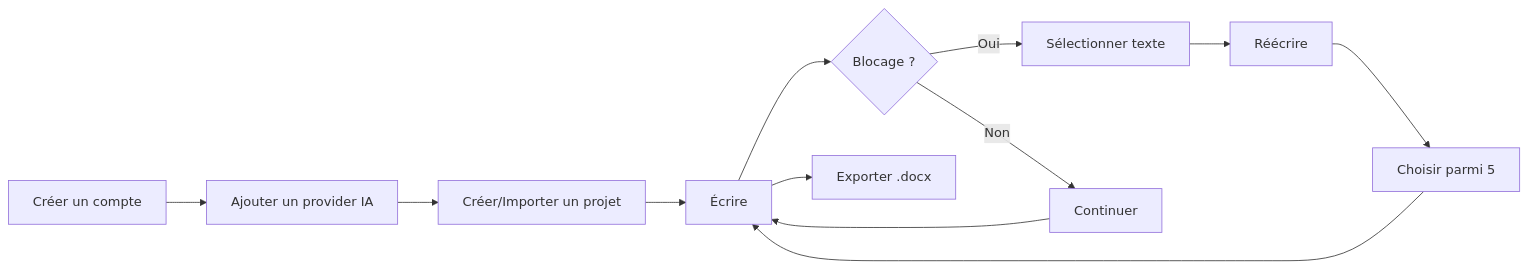
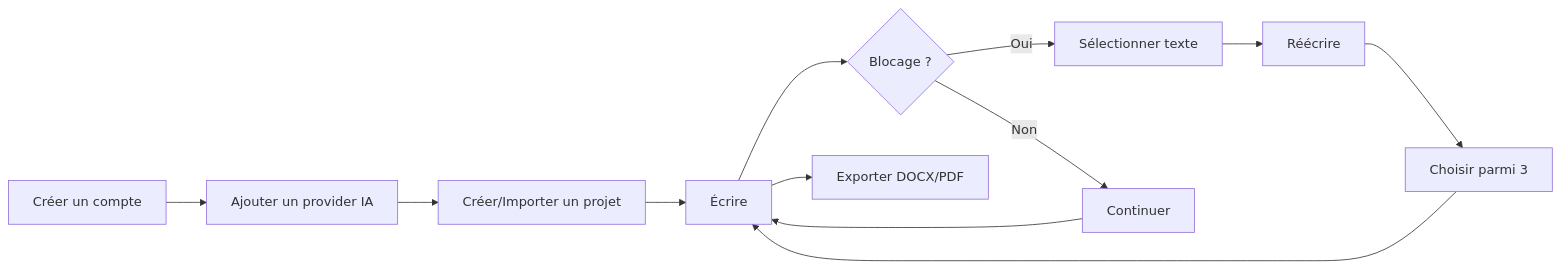
One commit to francoisnoel62/revise changed the diagram in README.md. Above: the diagram before and after it, drawn with Mermaid. The commit also changed other lines of this file and 3 other files, not shown here.

````diff
--- a/README.md
+++ b/README.md
@@ -213,14 +224,14 @@
 ```mermaid
 graph LR
     A[Créer un compte] --> B[Ajouter un provider IA]
     B --> C[Créer/Importer un projet]
     C --> D[Écrire]
     D --> E{Blocage ?}
     E -->|Oui| F[Sélectionner texte]
     F --> G[Réécrire]
-    G --> H[Choisir parmi 5]
+    G --> H[Choisir parmi 3]
     H --> D
     E -->|Non| I[Continuer]
     I --> D
-    D --> J[Exporter .docx]
+    D --> J[Exporter DOCX/PDF]
 ```
````
